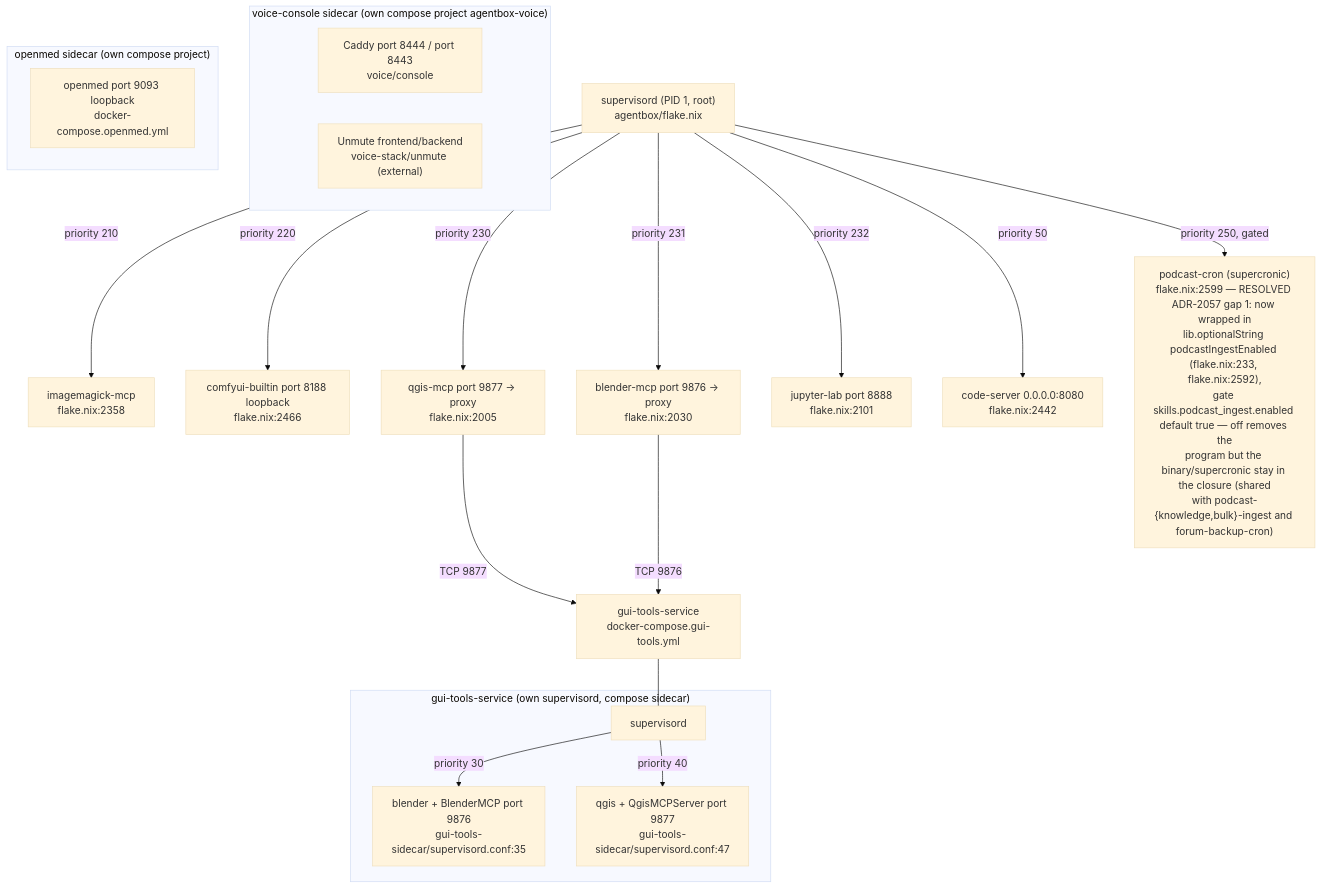
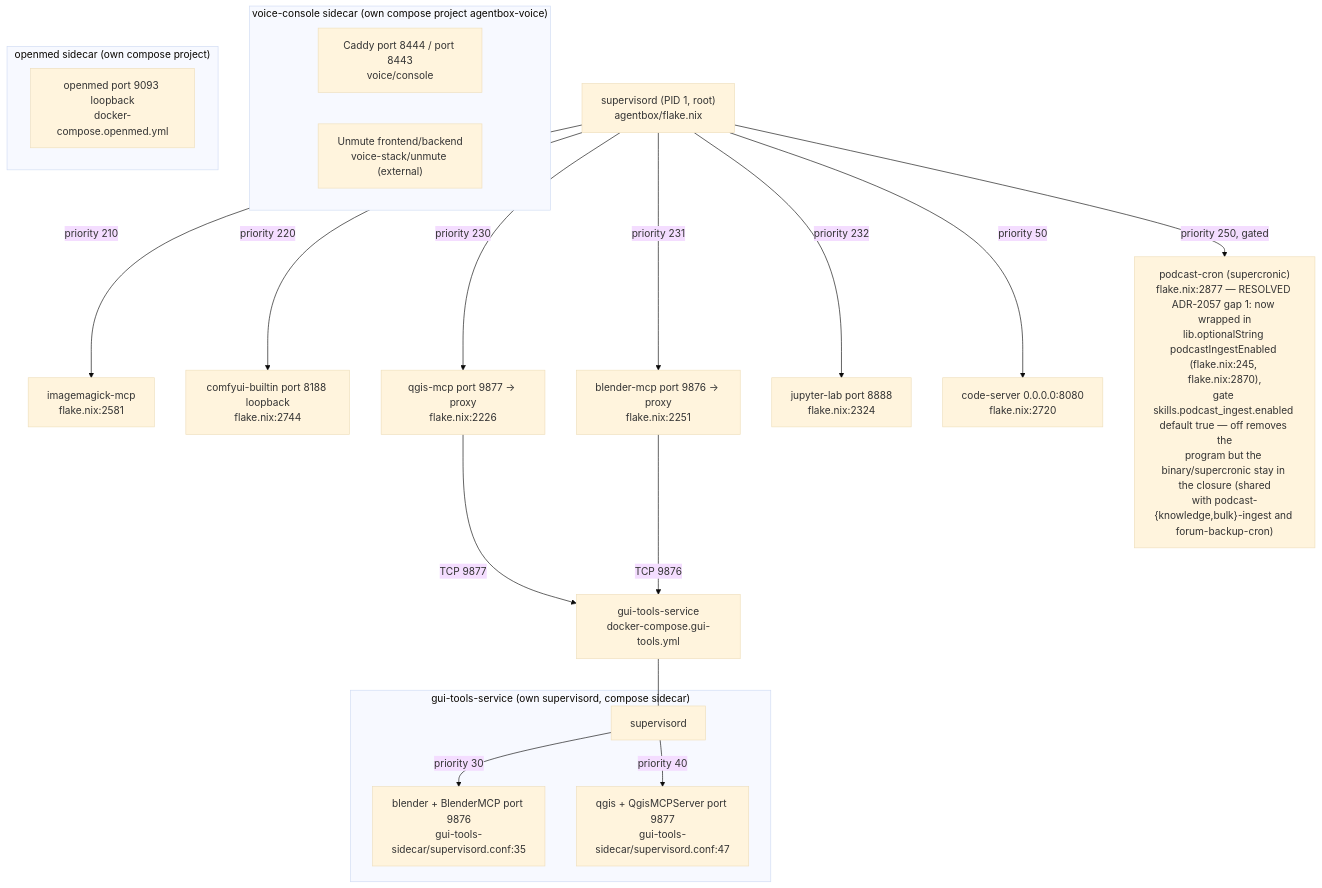
Before and after one commit to DreamLab-AI/VisionFlow: the tenth of 13 diagrams in docs/diagrams/agentbox/27-media-gpu-capability-services.md, drawn with Mermaid (base theme). The commit also changed other lines of this file and 111 other files, not shown here.

Commit message:
docs(diagrams): align estate maps with current source

````diff
--- a/docs/diagrams/agentbox/27-media-gpu-capability-services.md
+++ b/docs/diagrams/agentbox/27-media-gpu-capability-services.md
@@ -317,30 +317,30 @@
 ```mermaid
 flowchart TB
     SUP["supervisord (PID 1, root)<br/>agentbox/flake.nix"]
-    SUP -->|priority 210| IM["imagemagick-mcp<br/>flake.nix:2358"]
-    SUP -->|priority 220| CB["comfyui-builtin port 8188 loopback<br/>flake.nix:2466"]
-    SUP -->|priority 230| QM["qgis-mcp port 9877 -> proxy<br/>flake.nix:2005"]
-    SUP -->|priority 231| BM["blender-mcp port 9876 -> proxy<br/>flake.nix:2030"]
-    SUP -->|priority 232| JL["jupyter-lab port 8888<br/>flake.nix:2101"]
-    SUP -->|priority 50| CS["code-server 0.0.0.0:8080<br/>flake.nix:2442"]
-    SUP -->|priority 250, gated| PC["podcast-cron (supercronic)<br/>flake.nix:2599 — RESOLVED ADR-2057 gap 1: now wrapped in<br/>lib.optionalString podcastIngestEnabled (flake.nix:233, flake.nix:2592),<br/>gate skills.podcast_ingest.enabled default true — off removes the<br/>program but the binary/supercronic stay in the closure (shared<br/>with podcast-{knowledge,bulk}-ingest and forum-backup-cron)"]
+    SUP -->|priority 210| IM["imagemagick-mcp<br/>flake.nix:2581"]
+    SUP -->|priority 220| CB["comfyui-builtin port 8188 loopback<br/>flake.nix:2744"]
+    SUP -->|priority 230| QM["qgis-mcp port 9877 -> proxy<br/>flake.nix:2226"]
+    SUP -->|priority 231| BM["blender-mcp port 9876 -> proxy<br/>flake.nix:2251"]
+    SUP -->|priority 232| JL["jupyter-lab port 8888<br/>flake.nix:2324"]
+    SUP -->|priority 50| CS["code-server 0.0.0.0:8080<br/>flake.nix:2720"]
+    SUP -->|priority 250, gated| PC["podcast-cron (supercronic)<br/>flake.nix:2877 — RESOLVED ADR-2057 gap 1: now wrapped in<br/>lib.optionalString podcastIngestEnabled (flake.nix:245, flake.nix:2870),<br/>gate skills.podcast_ingest.enabled default true — off removes the<br/>program but the binary/supercronic stay in the closure (shared<br/>with podcast-{knowledge,bulk}-ingest and forum-backup-cron)"]
 
     QM -->|TCP 9877| GTS["gui-tools-service<br/>docker-compose.gui-tools.yml"]
     BM -->|TCP 9876| GTS
 
     subgraph sidecar["gui-tools-service (own supervisord, compose sidecar)"]
         GSUP["supervisord"]
         GSUP -->|priority 30| GB["blender + BlenderMCP port 9876<br/>gui-tools-sidecar/supervisord.conf:35"]
         GSUP -->|priority 40| GQ["qgis + QgisMCPServer port 9877<br/>gui-tools-sidecar/supervisord.conf:47"]
     end
     GTS --- GSUP
 
     subgraph voicesc["voice-console sidecar (own compose project agentbox-voice)"]
         CADDY["Caddy port 8444 / port 8443<br/>voice/console"]
         UNMUTE["Unmute frontend/backend<br/>voice-stack/unmute (external)"]
     end
 
     subgraph openmedsc["openmed sidecar (own compose project)"]
         OM["openmed port 9093 loopback<br/>docker-compose.openmed.yml"]
     end
 ```
````
